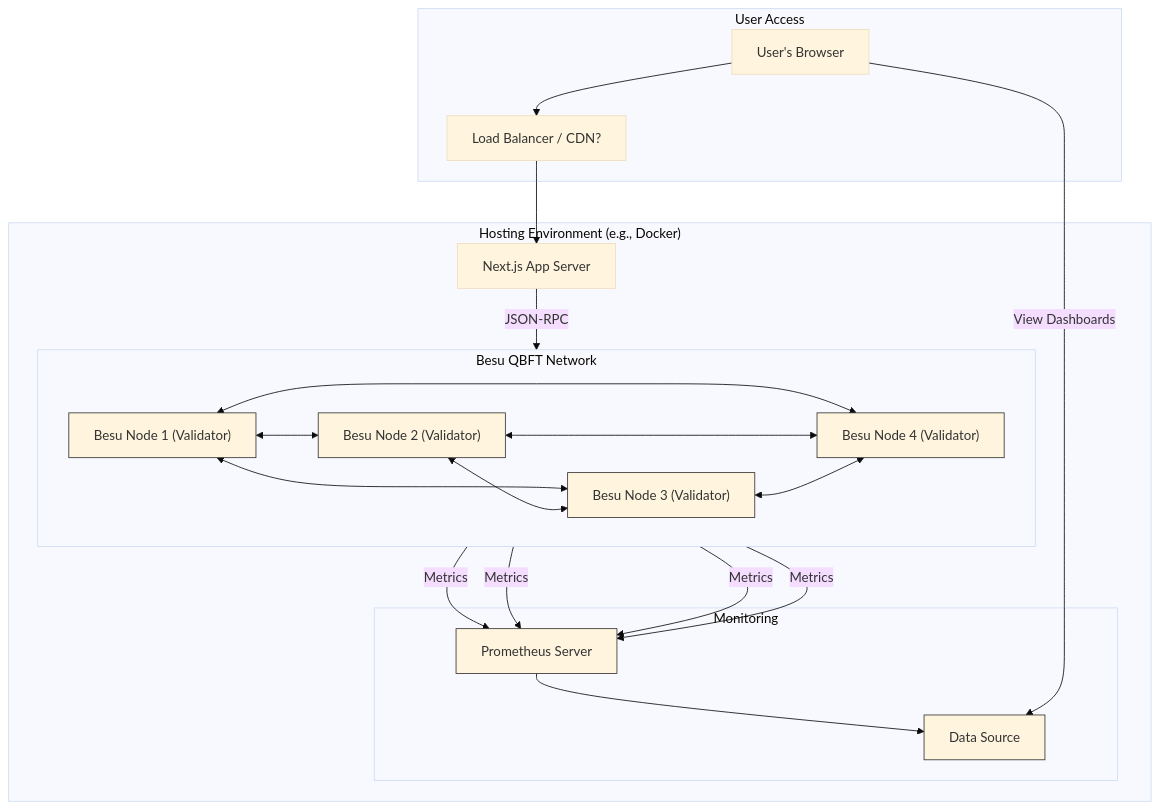
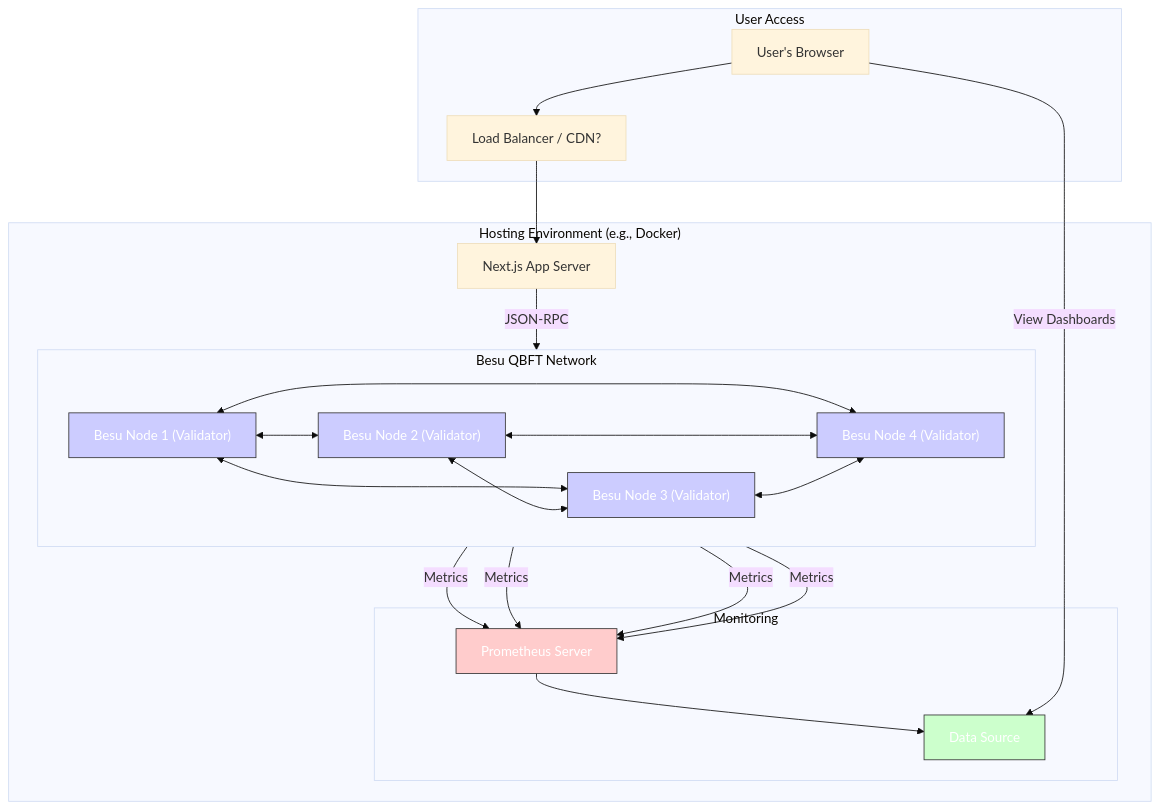
The sixth of 9 diagrams in README.md (ItsRudraksh/healthcare-dapp), drawn with Mermaid (base theme) before and after one commit. The commit also changed other lines of this file, not shown here.

Commit message:
Update node styles in README.md diagrams to improve visual clarity with consistent fill colors

````diff
--- a/README.md
+++ b/README.md
@@ -293,45 +293,45 @@
 ```mermaid
 graph TD
     subgraph "User Access"
         User["User's Browser"] --> LB[Load Balancer / CDN?];
     end
 
     subgraph "Hosting Environment (e.g., Docker)"
         LB --> AppServer[Next.js App Server];
 
         subgraph "Besu QBFT Network"
             direction LR
             Node1["Besu Node 1 (Validator)"]
             Node2["Besu Node 2 (Validator)"]
             Node3["Besu Node 3 (Validator)"]
             Node4["Besu Node 4 (Validator)"]
             Node1 <--> Node2;
             Node1 <--> Node3;
             Node1 <--> Node4;
             Node2 <--> Node3;
             Node2 <--> Node4;
             Node3 <--> Node4;
         end
 
         subgraph "Monitoring"
             Prom[Prometheus Server]
             Graf[Grafana Server]
         end
 
         AppServer -- JSON-RPC --> Node1;
         Node1 -- Metrics --> Prom;
         Node2 -- Metrics --> Prom;
         Node3 -- Metrics --> Prom;
         Node4 -- Metrics --> Prom;
         Prom --> Graf[Data Source];
     end
 
     User -- View Dashboards --> Graf;
 
-    style Node1 stroke:#333
-    style Node2 stroke:#333
-    style Node3 stroke:#333
-    style Node4 stroke:#333
-    style Prom stroke:#333
-    style Graf stroke:#333
+    style Node1 fill:#ccf,stroke:#333,color:#fff
+    style Node2 fill:#ccf,stroke:#333,color:#fff
+    style Node3 fill:#ccf,stroke:#333,color:#fff
+    style Node4 fill:#ccf,stroke:#333,color:#fff
+    style Prom fill:#fcc,stroke:#333,color:#fff
+    style Graf fill:#cfc,stroke:#333,color:#fff
 ```
````
